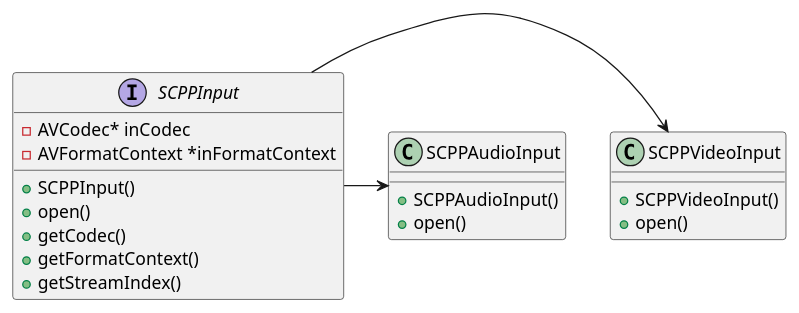
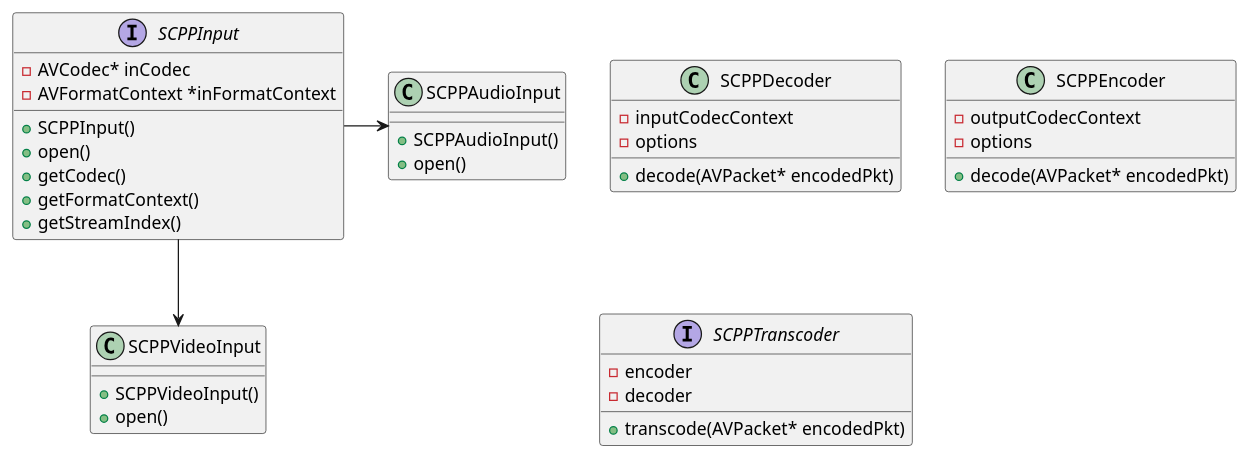
One commit to giuliocarot0/screenreclib changed the diagram in README.md. Above: the diagram before and after it, drawn with PlantUML. The commit also changed other lines of this file, not shown here.

Commit message:
update Class diagram

````diff
--- a/README.md
+++ b/README.md
@@ -1,29 +3,49 @@
 ```plantuml
 Interface SCPPInput {
     - AVCodec* inCodec
     - AVFormatContext *inFormatContext
     
 
     +SCPPInput()
     + open() 
     + getCodec()
     + getFormatContext()
     + getStreamIndex()
 }
 
 
 Class SCPPVideoInput {
     + SCPPVideoInput()
     + open()
  
 }
 
 Class SCPPAudioInput {
     + SCPPAudioInput()
     + open()
 }
 
-SCPPInput -> SCPPVideoInput
+Class SCPPDecoder {
+    - inputCodecContext
+    - options
+    
+    + decode(AVPacket* encodedPkt)
+}
 
+Class SCPPEncoder {
+    - outputCodecContext
+    - options
+    + decode(AVPacket* encodedPkt)
+}
+
+Interface SCPPTranscoder {
+    - encoder
+    - decoder 
+
+    
+    + transcode(AVPacket* encodedPkt)
+}
+
+SCPPInput --> SCPPVideoInput
 SCPPInput -> SCPPAudioInput
 ```
````
